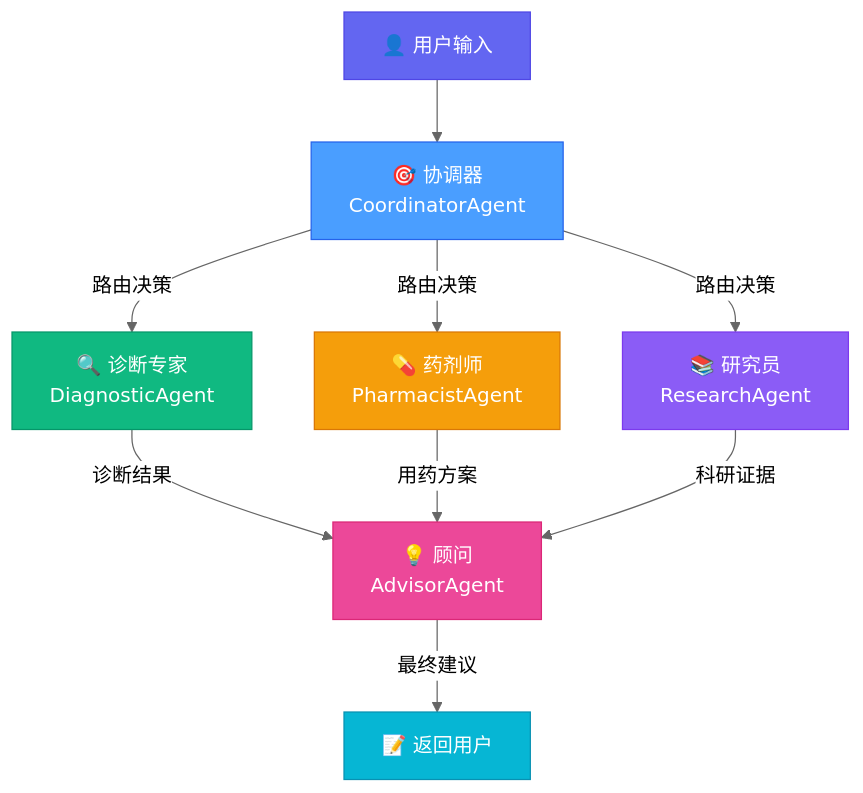
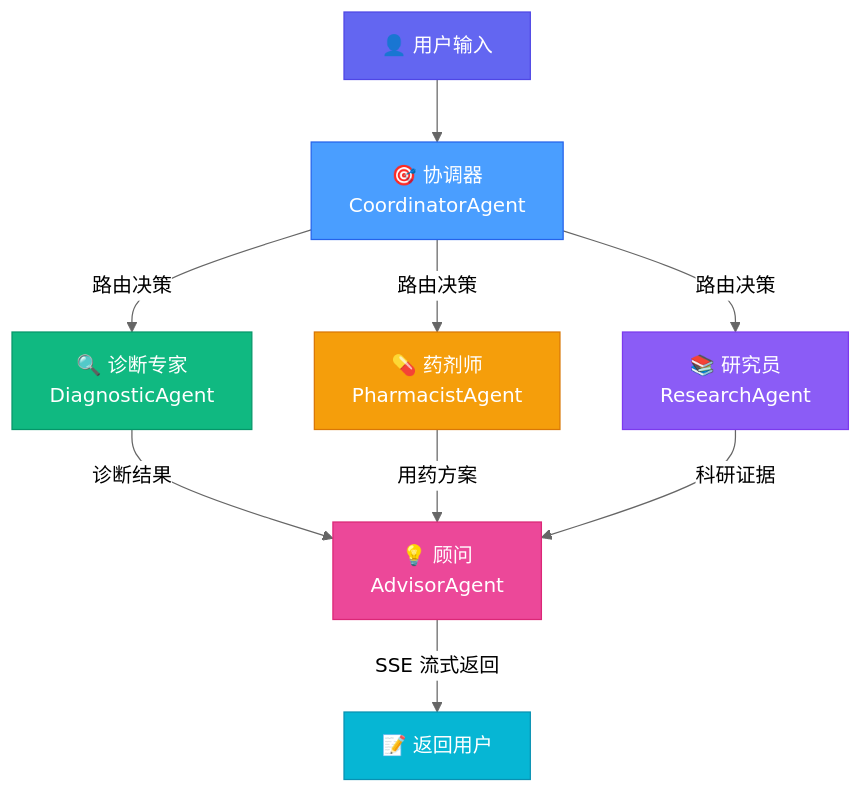
One commit to js0205/langgraph-project changed the first of 2 diagrams in README.md. Above: the diagram before and after it, drawn with Mermaid (neutral theme). The commit also changed other lines of this file, not shown here.

````diff
--- a/README.md
+++ b/README.md
@@ -27,22 +29,22 @@
 ```mermaid
 graph TB
     User[👤 用户输入] --> Coordinator[🎯 协调器<br/>CoordinatorAgent]
-    
+
     Coordinator -->|路由决策| Diagnostic[🔍 诊断专家<br/>DiagnosticAgent]
     Coordinator -->|路由决策| Pharmacist[💊 药剂师<br/>PharmacistAgent]
     Coordinator -->|路由决策| Research[📚 研究员<br/>ResearchAgent]
-    
+
     Diagnostic -->|诊断结果| Advisor[💡 顾问<br/>AdvisorAgent]
     Pharmacist -->|用药方案| Advisor
     Research -->|科研证据| Advisor
-    
-    Advisor -->|最终建议| Response[📝 返回用户]
-    
+
+    Advisor -->|SSE 流式返回| Response[📝 返回用户]
+
     style Coordinator fill:#4a9eff,stroke:#2563eb,color:#fff
     style Diagnostic fill:#10b981,stroke:#059669,color:#fff
     style Pharmacist fill:#f59e0b,stroke:#d97706,color:#fff
     style Research fill:#8b5cf6,stroke:#7c3aed,color:#fff
     style Advisor fill:#ec4899,stroke:#db2777,color:#fff
     style User fill:#6366f1,stroke:#4f46e5,color:#fff
     style Response fill:#06b6d4,stroke:#0891b2,color:#fff
 ```
````
